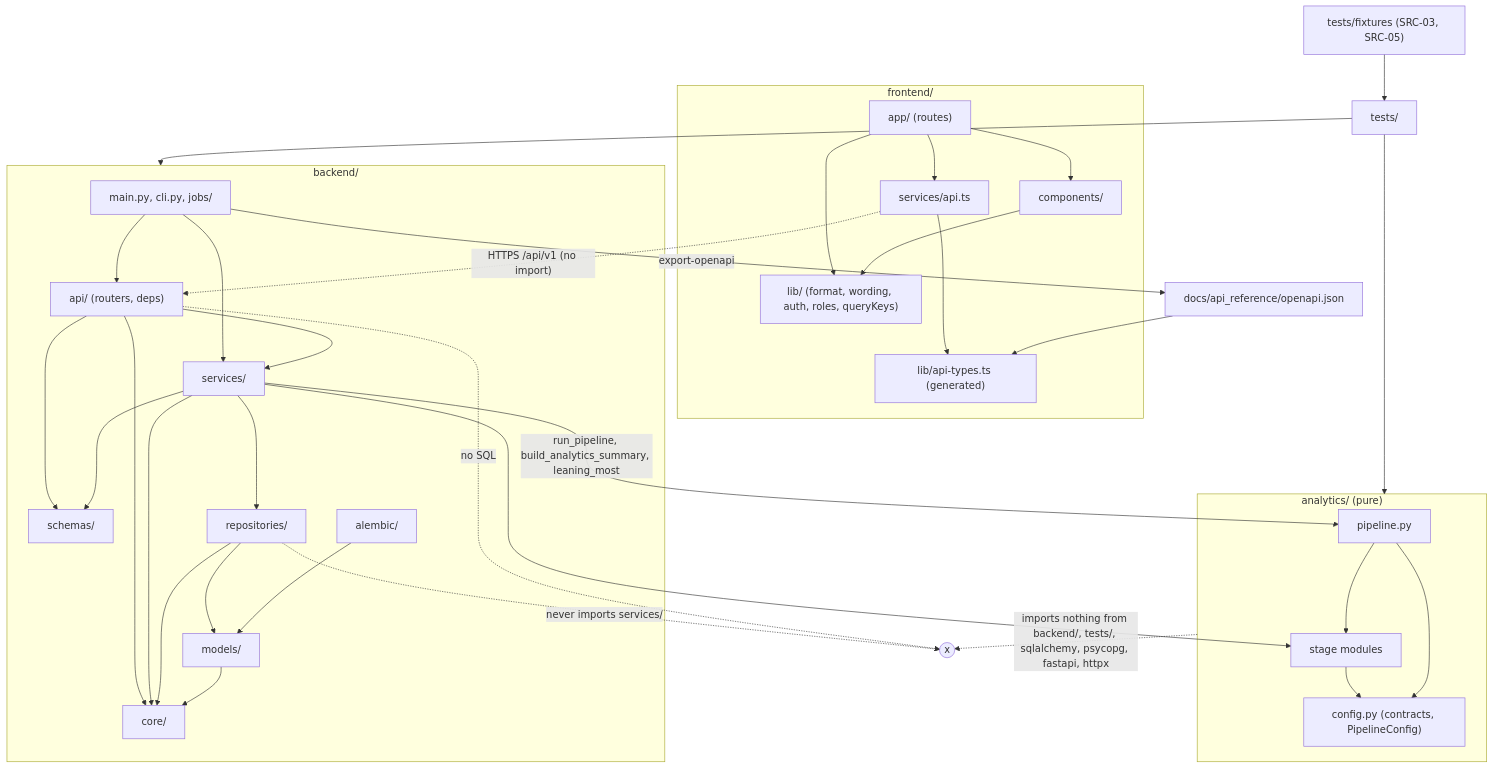
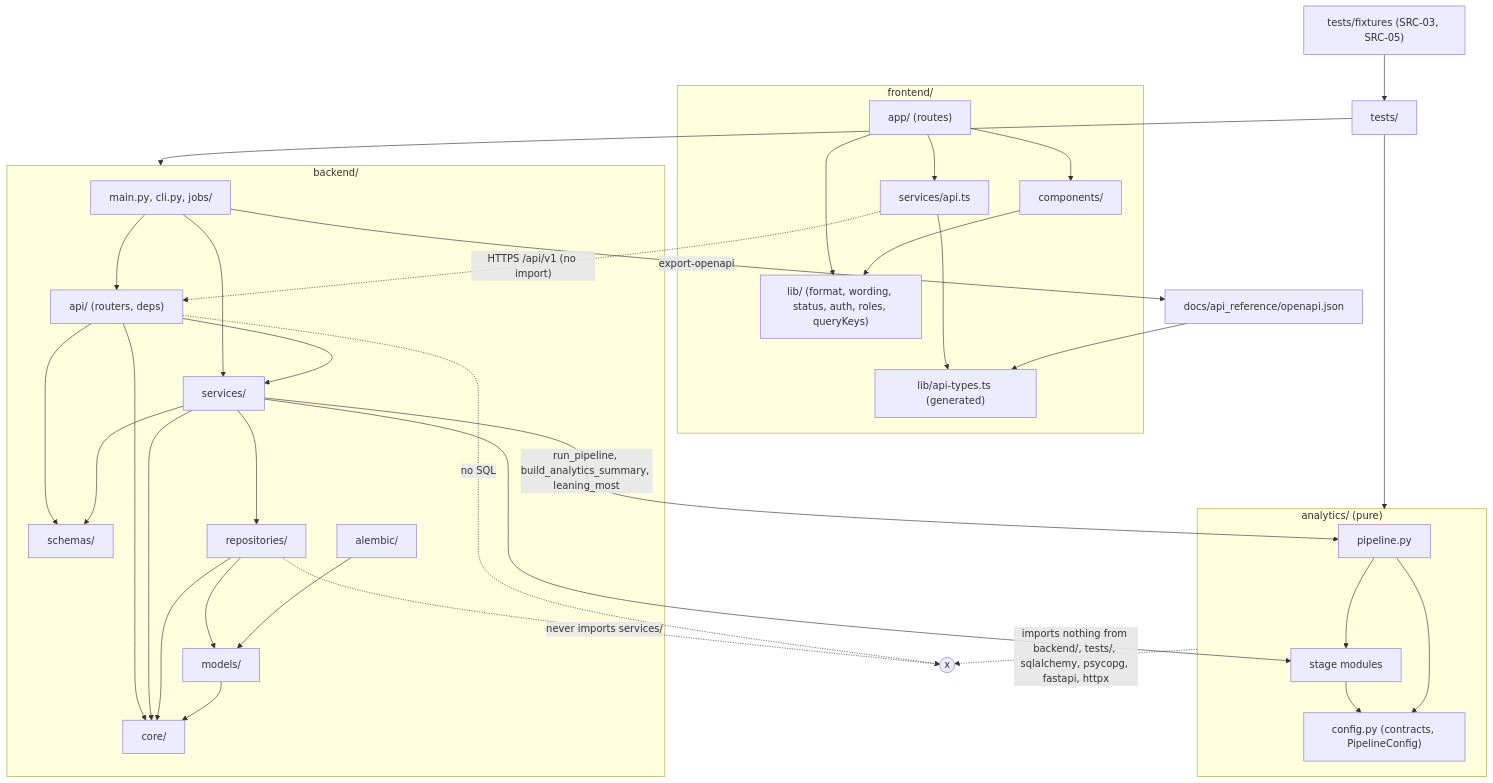
Before and after one commit to EchoWellApp/echowell: the diagram in docs/design/Repository_Structure.md, drawn with Mermaid. The commit also changed other lines of this file and 8 other files, not shown here.

````diff
--- a/docs/design/Repository_Structure.md
+++ b/docs/design/Repository_Structure.md
@@ -139,40 +140,40 @@
 ```mermaid
 flowchart TB
   subgraph FE["frontend/"]
     APPR["app/ (routes)"] --> COMP["components/"]
-    APPR --> LIB["lib/ (format, wording, auth, roles, queryKeys)"]
+    APPR --> LIB["lib/ (format, wording, status, auth, roles, queryKeys)"]
     COMP --> LIB
     APPR --> SVCAPI["services/api.ts"]
     SVCAPI --> TYPES["lib/api-types.ts (generated)"]
   end
   subgraph BE["backend/"]
     MAIN["main.py, cli.py, jobs/"] --> API["api/ (routers, deps)"]
     MAIN --> SVC
     API --> SVC["services/"]
     API --> SCH["schemas/"]
     SVC --> SCH
     SVC --> REPO["repositories/"]
     REPO --> MOD["models/"]
     API --> CORE["core/"]
     SVC --> CORE
     REPO --> CORE
     MOD --> CORE
     ALEM["alembic/"] --> MOD
   end
   subgraph AN["analytics/ (pure)"]
     PIPE["pipeline.py"] --> STAGES["stage modules"]
     STAGES --> CFG["config.py (contracts, PipelineConfig)"]
     PIPE --> CFG
   end
   SVC -->|"run_pipeline, build_analytics_summary, leaning_most"| PIPE
   SVC --> STAGES
   SVCAPI -. "HTTPS /api/v1 (no import)" .-> API
   CONTRACT["docs/api_reference/openapi.json"] --> TYPES
   MAIN -->|"export-openapi"| CONTRACT
   TESTS["tests/"] --> BE
   TESTS --> AN
   FIX["tests/fixtures (SRC-03, SRC-05)"] --> TESTS
   AN -. "imports nothing from backend/, tests/, sqlalchemy, psycopg, fastapi, httpx" .-> FORBID(("x"))
   REPO -. "never imports services/" .-> FORBID
   API -. "no SQL" .-> FORBID
 ```
````
